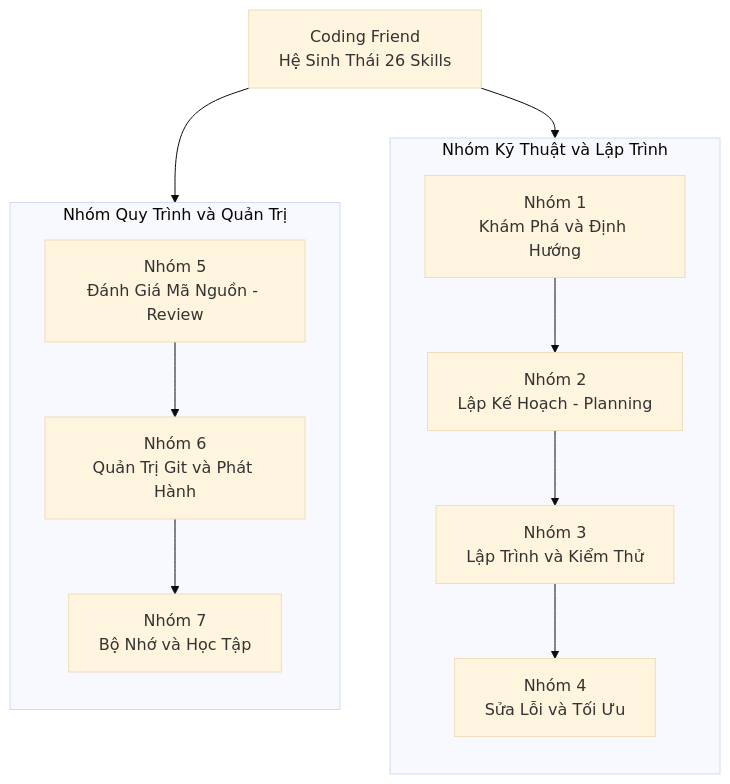
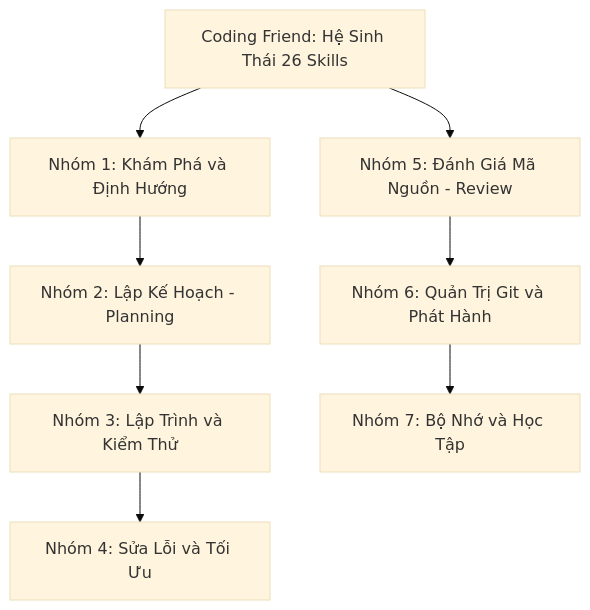
Before and after one commit to nguyengoctin/my_website: the second of 6 diagrams in content/posts/toan-tap-coding-friend-ai-engineering.md, drawn with Mermaid (base theme). The commit also changed other lines of this file and 17 other files, not shown here.

````diff
--- a/content/posts/toan-tap-coding-friend-ai-engineering.md
+++ b/content/posts/toan-tap-coding-friend-ai-engineering.md
@@ -57,24 +58,11 @@
 ```mermaid
 flowchart TD
-    CF["Coding Friend<br/>Hệ Sinh Thái 26 Skills"]
-
-    subgraph DevGroup ["Nhóm Kỹ Thuật và Lập Trình"]
-        direction TB
-        G1["Nhóm 1<br/>Khám Phá và Định Hướng"]
-        G2["Nhóm 2<br/>Lập Kế Hoạch - Planning"]
-        G3["Nhóm 3<br/>Lập Trình và Kiểm Thử"]
-        G4["Nhóm 4<br/>Sửa Lỗi và Tối Ưu"]
-        G1 --> G2 --> G3 --> G4
-    end
-
-    subgraph WorkGroup ["Nhóm Quy Trình và Quản Trị"]
-        direction TB
-        G5["Nhóm 5<br/>Đánh Giá Mã Nguồn - Review"]
-        G6["Nhóm 6<br/>Quản Trị Git và Phát Hành"]
-        G7["Nhóm 7<br/>Bộ Nhớ và Học Tập"]
-        G5 --> G6 --> G7
-    end
-
-    CF --> G1
-    CF --> G5
+    CF["`Coding Friend: Hệ Sinh Thái 26 Skills`"]
+    CF --> G1["`Nhóm 1: Khám Phá và Định Hướng`"]
+    CF --> G5["`Nhóm 5: Đánh Giá Mã Nguồn - Review`"]
+    G1 --> G2["`Nhóm 2: Lập Kế Hoạch - Planning`"]
+    G2 --> G3["`Nhóm 3: Lập Trình và Kiểm Thử`"]
+    G3 --> G4["`Nhóm 4: Sửa Lỗi và Tối Ưu`"]
+    G5 --> G6["`Nhóm 6: Quản Trị Git và Phát Hành`"]
+    G6 --> G7["`Nhóm 7: Bộ Nhớ và Học Tập`"]
 ```
````
